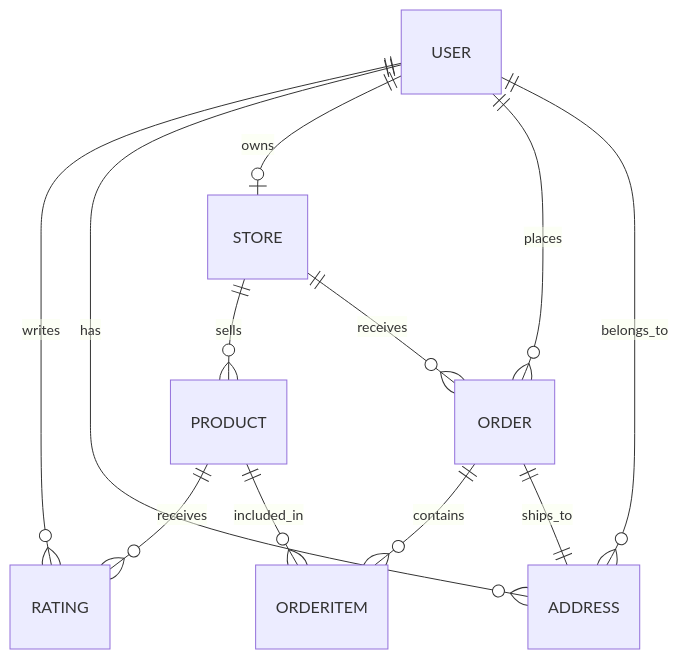
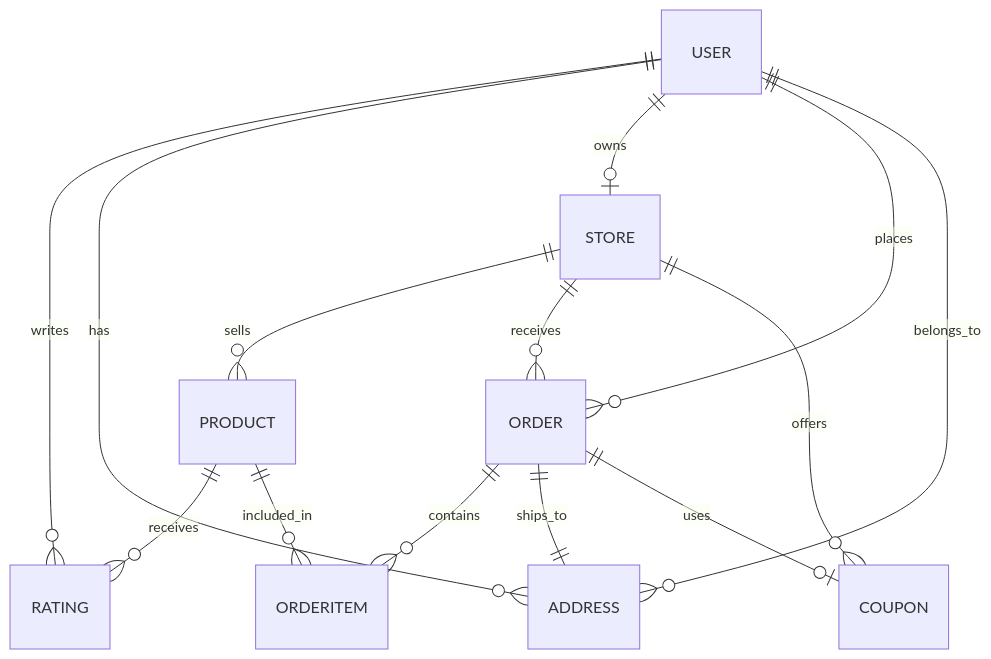
One commit to bloodwraith8851/gocart changed the third of 3 diagrams in readme.md. Above: the diagram before and after it, drawn with Mermaid. The commit also changed other lines of this file, not shown here.

Commit message:
docs: restructure README to improve clarity on system architecture, user role access flow, and data model diagrams

````diff
--- a/readme.md
+++ b/readme.md
@@ -98,18 +102,16 @@
 ```mermaid
 erDiagram
-    USER ||--o{ RATING : "writes"
-    USER ||--o{ ADDRESS : "has"
-    USER ||--o| STORE : "owns"
-    USER ||--o{ ORDER : "places"
-    
-    STORE ||--o{ PRODUCT : "sells"
-    STORE ||--o{ ORDER : "receives"
-    
-    PRODUCT ||--o{ RATING : "receives"
-    PRODUCT ||--o{ ORDERITEM : "included_in"
-    
-    ORDER ||--o{ ORDERITEM : "contains"
-    ORDER ||--|| ADDRESS : "ships_to"
-    
-    ADDRESS }o--|| USER : "belongs_to"
+    USER ||--o{ RATING : writes
+    USER ||--o{ ADDRESS : has
+    USER ||--o| STORE : owns
+    USER ||--o{ ORDER : places
+    STORE ||--o{ PRODUCT : sells
+    STORE ||--o{ ORDER : receives
+    PRODUCT ||--o{ RATING : receives
+    PRODUCT ||--o{ ORDERITEM : included_in
+    ORDER ||--o{ ORDERITEM : contains
+    ORDER ||--|| ADDRESS : ships_to
+    ADDRESS }o--|| USER : belongs_to
+    STORE ||--o{ COUPON : offers
+    ORDER ||--o| COUPON : uses
 ```
````
